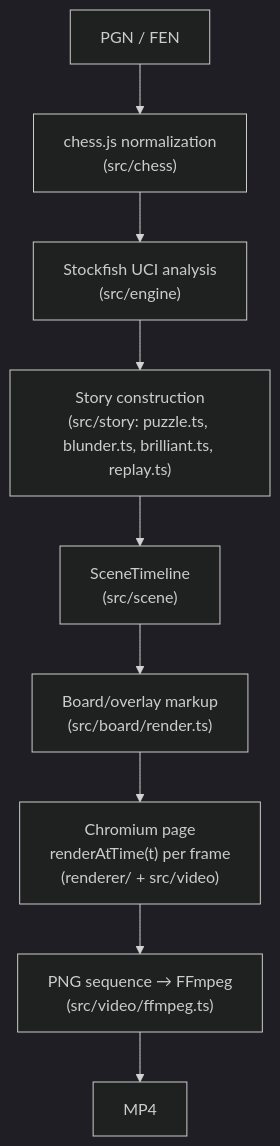
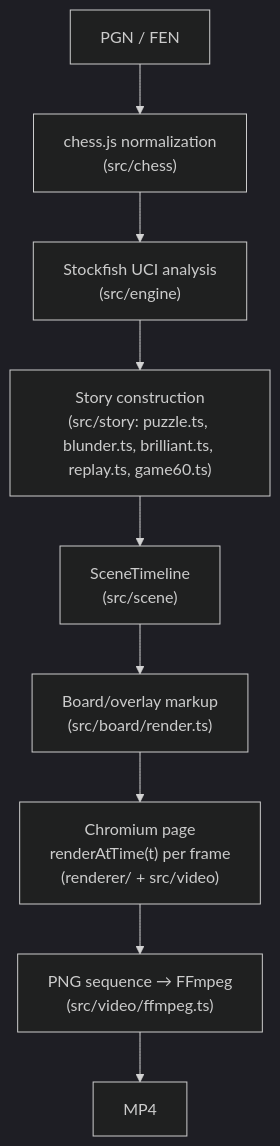
The diagram in README.md (alessandrobessi/chessroll), drawn with Mermaid (dark theme) before and after one commit. The commit also changed other lines of this file and 33 other files, not shown here.

````diff
--- a/README.md
+++ b/README.md
@@ -192,11 +208,11 @@
 ```mermaid
 flowchart TD
     A[PGN / FEN] --> B["chess.js normalization<br/>(src/chess)"]
     B --> C["Stockfish UCI analysis<br/>(src/engine)"]
-    C --> D["Story construction<br/>(src/story: puzzle.ts, blunder.ts, brilliant.ts, replay.ts)"]
+    C --> D["Story construction<br/>(src/story: puzzle.ts, blunder.ts, brilliant.ts, replay.ts, game60.ts)"]
     D --> E["SceneTimeline<br/>(src/scene)"]
     E --> F["Board/overlay markup<br/>(src/board/render.ts)"]
     F --> G["Chromium page<br/>renderAtTime(t) per frame<br/>(renderer/ + src/video)"]
     G --> H["PNG sequence → FFmpeg<br/>(src/video/ffmpeg.ts)"]
     H --> I[MP4]
 ```
````
